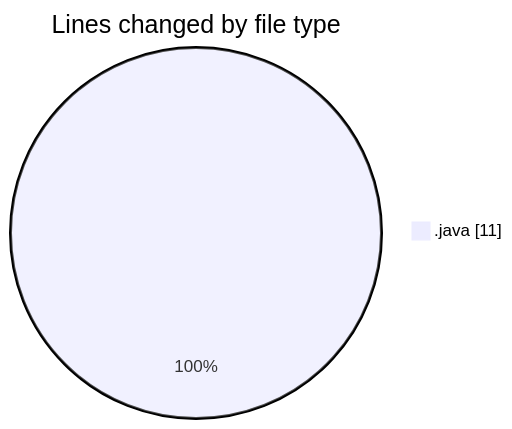
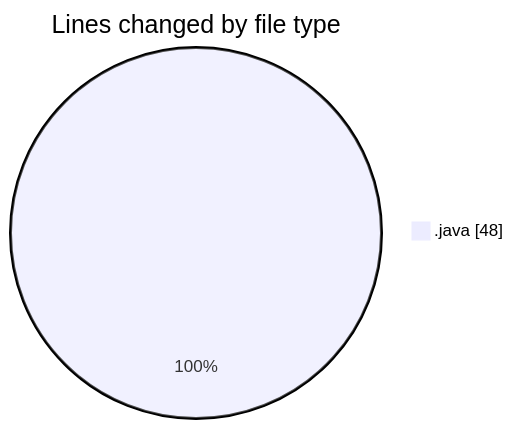
One commit to ricardozamudiocil/code-tracking changed the first of 2 diagrams in 2026-03-03/cilapp/README.md. Above: the diagram before and after it, drawn with Mermaid. The commit also changed other lines of this file and 1 other file, not shown here.

````diff
--- a/2026-03-03/cilapp/README.md
+++ b/2026-03-03/cilapp/README.md
@@ -20,5 +20,5 @@
 ```mermaid
 pie showData
 title Lines changed by file type
-".java" : 11
+".java" : 48
 ```
````
